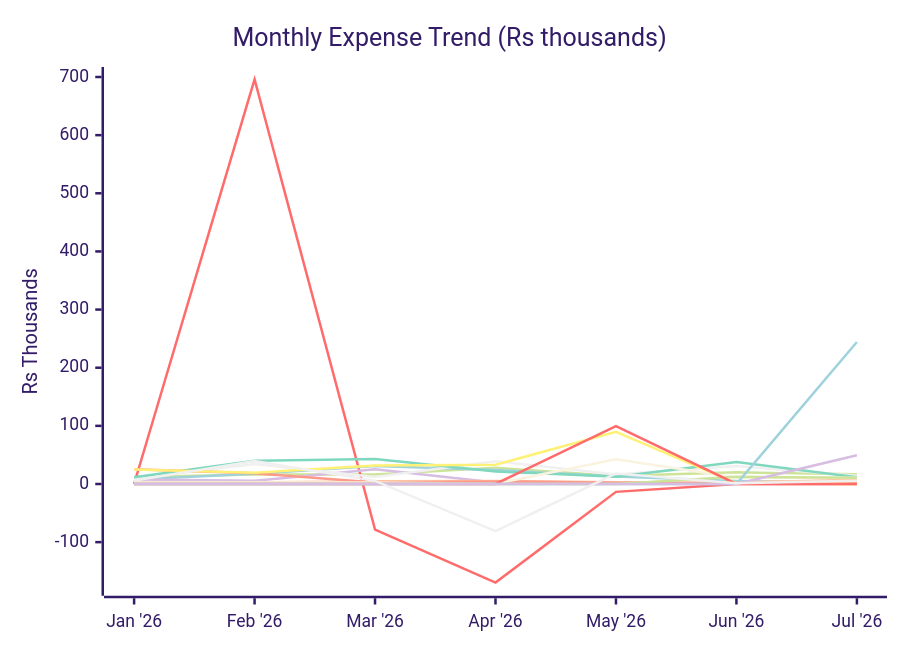
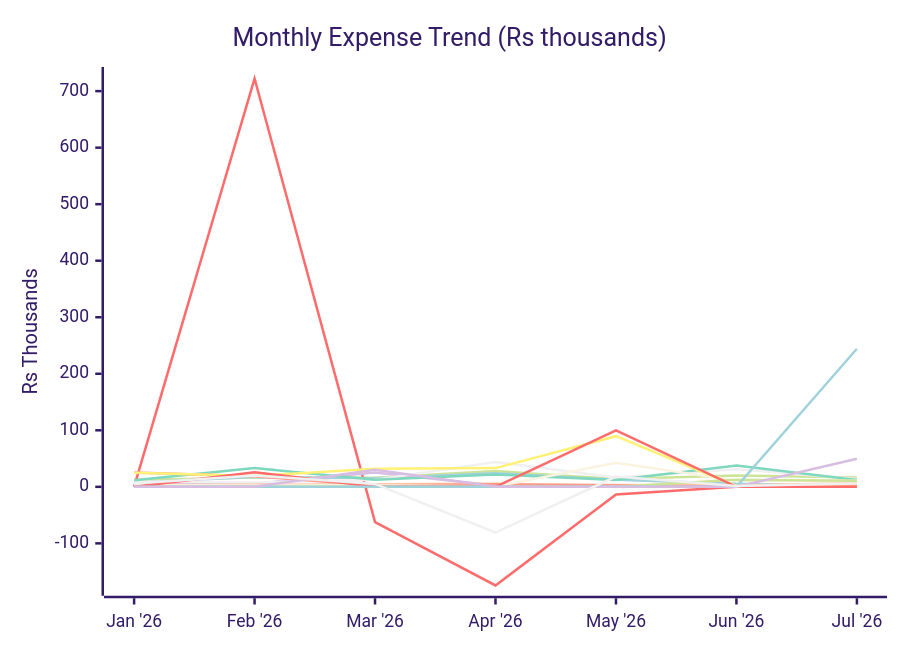
Before and after one commit to sachin-hg/expense-reporter: the first of 2 diagrams in reports/2026-07.md, drawn with Mermaid (forest theme). The commit also changed other lines of this file and 14 other files, not shown here.

````diff
--- a/reports/2026-07.md
+++ b/reports/2026-07.md
@@ -28,21 +28,21 @@
 ```mermaid
 xychart-beta
     title "Monthly Expense Trend (Rs thousands)"
     x-axis ["Jan '26", "Feb '26", "Mar '26", "Apr '26", "May '26", "Jun '26", "Jul '26"]
-    y-axis "Rs Thousands" -175 --> 700
-    line "Travel" [12.1, 16.5, 16.3, 27.9, 13.7, 20.0, 16.6]
-    line "Trip" [0.0, 695.8, -78.3, -169.5, -13.5, 0.0, 0.0]
-    line "Shopping" [7.8, 17.8, 31.0, 24.2, 12.7, 5.3, 1.7]
+    y-axis "Rs Thousands" -175 --> 725
+    line "Travel" [12.1, 16.5, 16.1, 27.9, 13.7, 20.0, 16.6]
+    line "Trip" [0.0, 722.3, -62.4, -174.4, -13.5, 0.0, 0.0]
+    line "Shopping" [7.8, 17.5, 15.1, 24.2, 12.7, 5.3, 2.7]
     line "Baby" [7.7, 5.6, 25.3, 2.4, 1.0, 0.8, 4.4]
-    line "Outside Food" [9.5, 34.3, 12.1, 39.2, 16.4, 30.9, 14.0]
-    line "Grocery" [2.9, 2.6, 4.7, 5.3, 3.2, 2.7, 7.4]
-    line "Utilities & Bills" [11.5, 39.9, 42.8, 21.7, 12.3, 37.7, 11.7]
-    line "Health, Fitness & Self Care" [25.5, 18.4, 2.5, 4.4, 2.3, 0.6, 2.5]
-    line "Upskill / AI" [2.6, 2.5, 2.6, 0.4, 42.6, 11.1, 10.6]
+    line "Outside Food" [9.5, 7.6, 12.6, 44.1, 16.4, 31.2, 13.7]
+    line "Grocery" [2.9, 3.5, 4.7, 5.3, 3.2, 2.5, 6.4]
+    line "Utilities & Bills" [11.5, 33.2, 12.6, 21.7, 12.3, 37.7, 12.0]
+    line "Health, Fitness & Self Care" [25.5, 18.6, 2.5, 4.4, 2.3, 0.6, 2.5]
+    line "Upskill / AI" [2.6, 2.5, 2.6, 0.4, 42.6, 11.0, 10.6]
     line "Rohan" [24.8, 19.3, 32.0, 33.1, 89.6, 1.1, 0.0]
     line "Papa" [0.0, 0.0, 0.0, 0.0, 0.0, 12.5, 10.6]
-    line "One-Time Expense" [0.0, 0.0, 0.0, 0.0, 99.7, 0.0, 0.0]
+    line "One-Time Expense" [0.0, 25.8, 0.0, 0.0, 99.7, 0.0, 0.0]
     line "Investments" [0.0, 0.0, 0.0, 0.0, 0.0, 0.0, 244.2]
-    line "Tax" [0.0, 0.0, 0.0, 0.0, 0.0, 0.0, 49.6]
-    line "Others" [6.0, 39.6, 5.4, -80.9, 18.1, 1.5, 5.8]
+    line "Tax" [0.0, 0.0, 30.3, 0.0, 0.0, 0.0, 49.6]
+    line "Others" [6.0, 20.1, 5.2, -80.9, 18.1, 1.6, 5.8]
 ```
````
